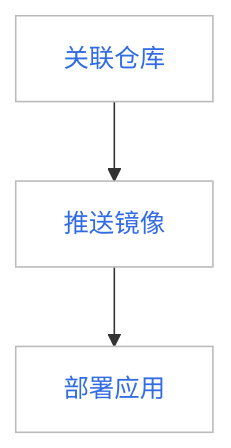
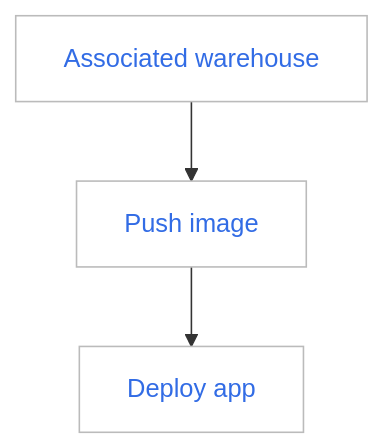
The diagram in docs/en/docs/kangaroo/quickstart/ws-admin-registry.md (DaoCloud/DaoCloud-docs), drawn with Mermaid before and after one commit. The commit also changed other lines of this file and 4 other files, not shown here.

````diff
--- a/docs/en/docs/kangaroo/quickstart/ws-admin-registry.md
+++ b/docs/en/docs/kangaroo/quickstart/ws-admin-registry.md
@@ -14,15 +19,15 @@
 ```mermaid
 graph TB
 
-associate[关联仓库] --> push[推送镜像] --> deploy[部署应用]
+associate[Associated warehouse] --> push[Push image] --> deploy[Deploy app]
 
 classDef plain fill:#ddd,stroke:#fff,stroke-width:1px,color:#000;
 classDef k8s fill:#326ce5,stroke:#fff,stroke-width:1px,color:#fff;
 classDef cluster fill:#fff,stroke:#bbb,stroke-width:1px,color:#326ce5;
 
 class associate,push,deploy cluster;
 
-click associate "https://docs.daocloud.io/kangaroo/related-registry/"
-click push "https://docs.daocloud.io/kangaroo/quickstart/push/"
-click deploy "https://docs.daocloud.io/kpanda/07UserGuide/Workloads/CreateDeploymentByImage/"
+click associate "https://docs.daocloud.io/en/kangaroo/related-registry/"
+click push "https://docs.daocloud.io/en/kangaroo/quickstart/push/"
+click deploy "https://docs.daocloud.io/en/kpanda/07UserGuide/Workloads/CreateDeploymentByImage/"
 ```
````
